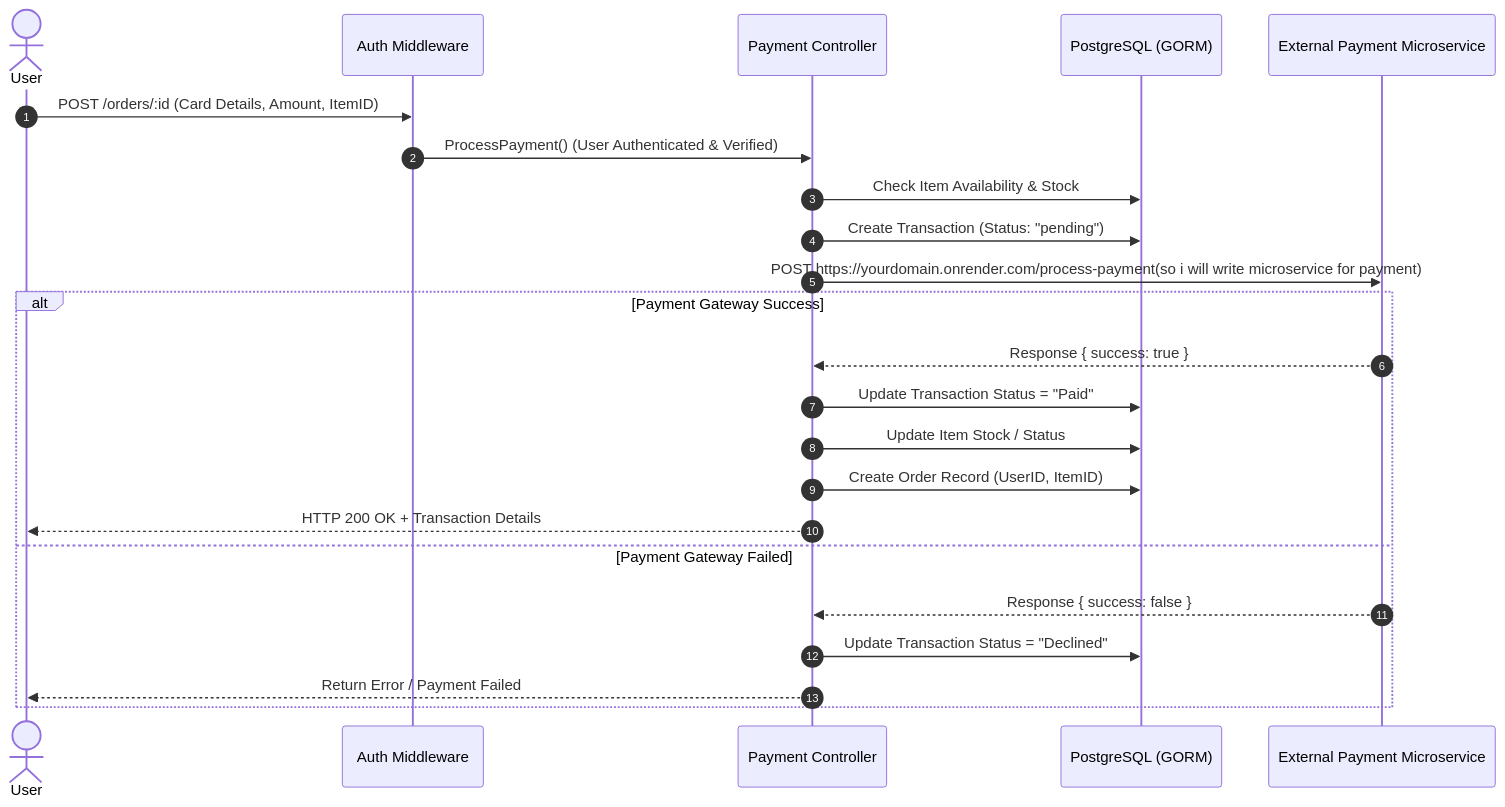
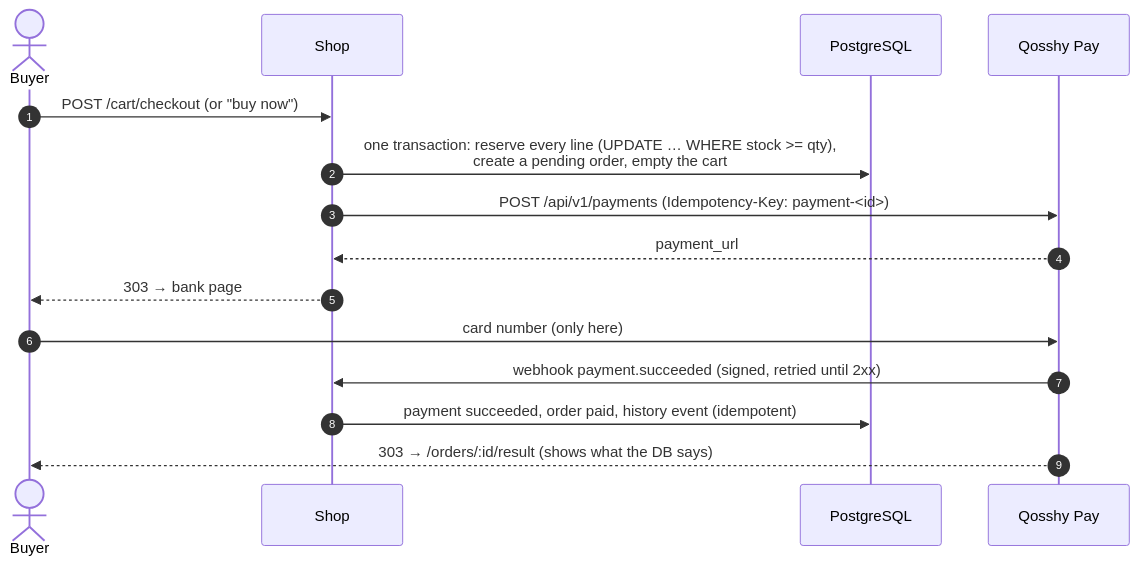
The first of 3 diagrams in README.md (SauletTheBest/Planeta_Qosshy), drawn with Mermaid before and after one commit. The commit also changed other lines of this file and 18 other files, not shown here.

````diff
--- a/README.md
+++ b/README.md
@@ -136,26 +103,18 @@
 ```mermaid
 sequenceDiagram
     autonumber
-    actor User
-    participant AuthMW as Auth Middleware
-    participant PayCtrl as Payment Controller
-    participant DB as PostgreSQL (GORM)
-    participant Gateway as External Payment Microservice
+    actor Buyer
+    participant Shop
+    participant DB as PostgreSQL
+    participant Bank as Qosshy Pay
 
-    User->>AuthMW: POST /orders/:id (Card Details, Amount, ItemID)
-    AuthMW->>PayCtrl: ProcessPayment() (User Authenticated & Verified)
-    PayCtrl->>DB: Check Item Availability & Stock
-    PayCtrl->>DB: Create Transaction (Status: "pending")
-    PayCtrl->>Gateway: POST https://yourdomain.onrender.com/process-payment(so i will write microservice for payment)
-    alt Payment Gateway Success
-        Gateway-->>PayCtrl: Response { success: true }
-        PayCtrl->>DB: Update Transaction Status = "Paid"
-        PayCtrl->>DB: Update Item Stock / Status
-        PayCtrl->>DB: Create Order Record (UserID, ItemID)
-        PayCtrl-->>User: HTTP 200 OK + Transaction Details
-    else Payment Gateway Failed
-        Gateway-->>PayCtrl: Response { success: false }
-        PayCtrl->>DB: Update Transaction Status = "Declined"
-        PayCtrl-->>User: Return Error / Payment Failed
-    end
+    Buyer->>Shop: POST /cart/checkout (or "buy now")
+    Shop->>DB: one transaction: reserve every line (UPDATE … WHERE stock >= qty),<br/>create a pending order, empty the cart
+    Shop->>Bank: POST /api/v1/payments (Idempotency-Key: payment-<id>)
+    Bank-->>Shop: payment_url
+    Shop-->>Buyer: 303 → bank page
+    Buyer->>Bank: card number (only here)
+    Bank->>Shop: webhook payment.succeeded (signed, retried until 2xx)
+    Shop->>DB: payment succeeded, order paid, history event (idempotent)
+    Bank-->>Buyer: 303 → /orders/:id/result (shows what the DB says)
 ```
````
